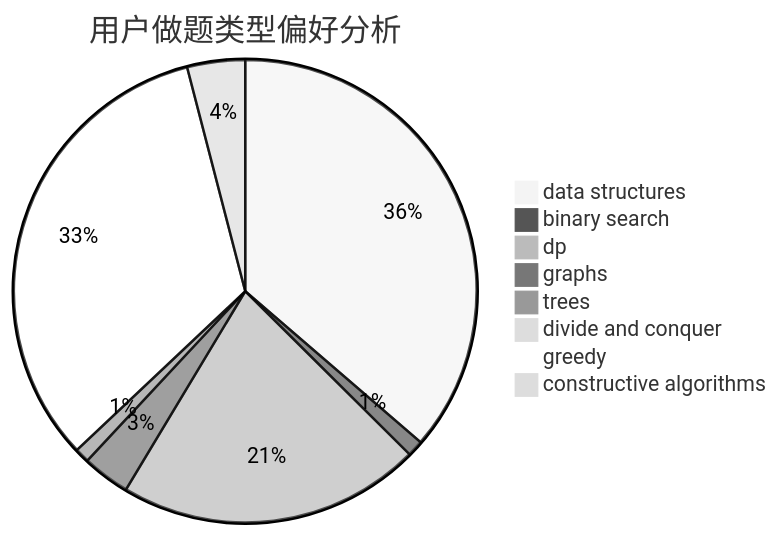
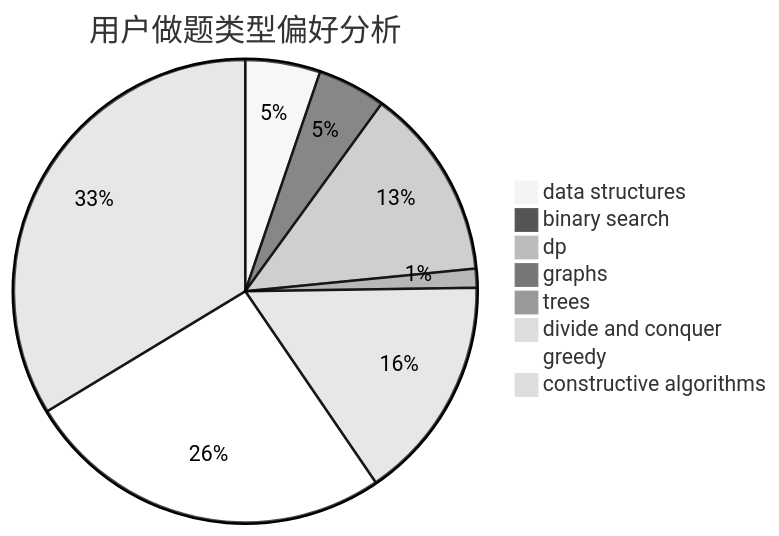
Before and after one commit to sherpahu/cfrs.github.io: the second of 3 diagrams in docs/user/u236.md, drawn with Mermaid (neutral theme). The commit also changed other lines of this file and 2770 other files, not shown here.

````diff
--- a/docs/user/u236.md
+++ b/docs/user/u236.md
@@ -23,11 +23,11 @@
 ```mermaid
 pie title 用户做题类型偏好分析
-    "data structures" :  710
-    "binary search" :  22
-    "dp" :  414
-    "graphs" :  65
-    "trees" :  20
-    "divide and conquer" :  5
-    "greedy" :  645
-    "constructive algorithms" :  79
+    "data structures" :  67
+    "binary search" :  61
+    "dp" :  172
+    "graphs" :  10
+    "trees" :  17
+    "divide and conquer" :  201
+    "greedy" :  331
+    "constructive algorithms" :  431
 ```
````
